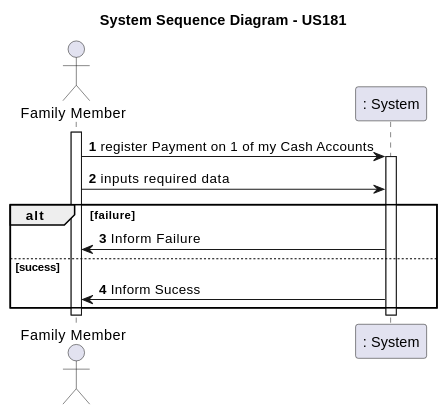
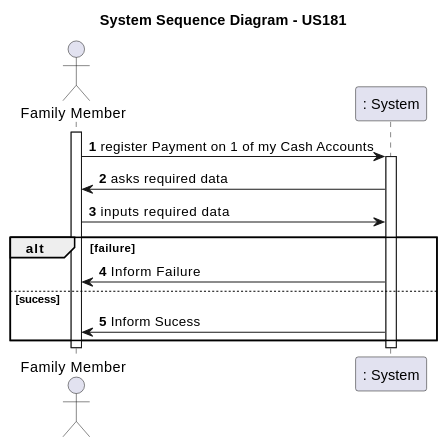
One commit to tomas-osswald/switch_2020_g3 changed the first of 4 diagrams in docs/sprint2/user_stories/US181_RegisterPaymentMyCashAccount.md. Above: the diagram before and after it, drawn with PlantUML. The commit also changed other lines of this file and 4 other files, not shown here.

````diff
--- a/docs/sprint2/user_stories/US181_RegisterPaymentMyCashAccount.md
+++ b/docs/sprint2/user_stories/US181_RegisterPaymentMyCashAccount.md
@@ -18,24 +15,25 @@
 ```puml
 autonumber
 title System Sequence Diagram - US181
 
 actor "Family Member" as familyMember
 participant ": System" as system
 
 activate familyMember
 familyMember-> system : register Payment on 1 of my Cash Accounts
 activate system
+system -> familyMember : asks required data
 familyMember -> system : inputs required data
 
 alt failure
 system -> familyMember : Inform Failure
 
 else sucess
 system -> familyMember : Inform Sucess
 
 end
 
 deactivate system
 
 deactivate familyMember
 ```
````
